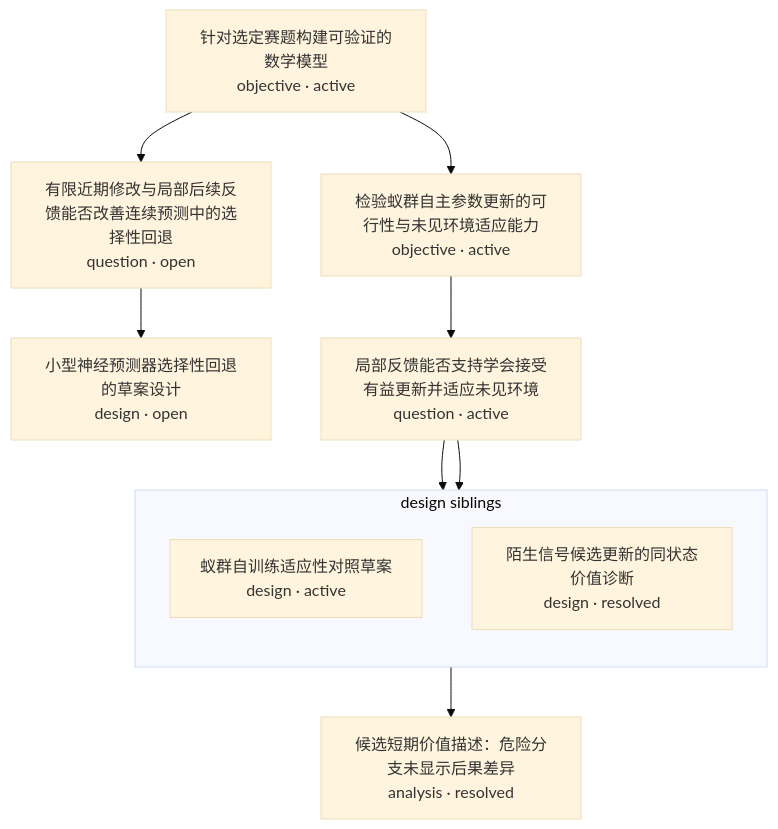
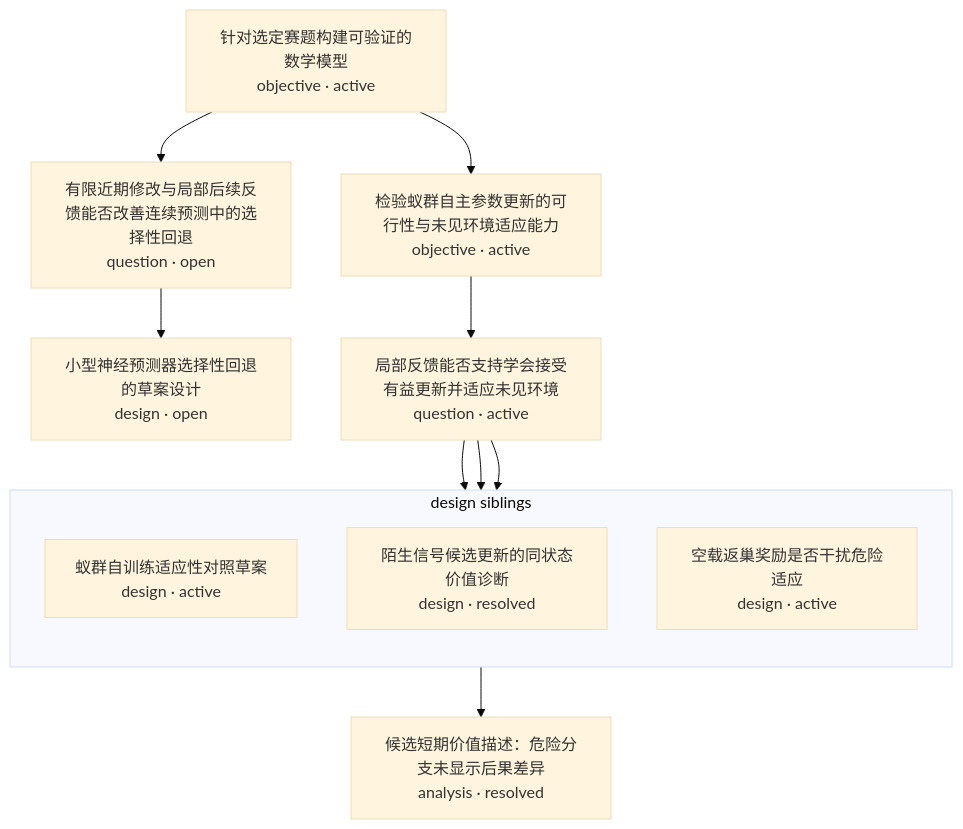
One commit to Akira-TL/Antomony changed the diagram in research-tree/README.md. Above: the diagram before and after it, drawn with Mermaid (base theme). The commit also changed other lines of this file and 1 other file, not shown here.

Commit message:
DOCS: (research) link reward diagnosis to adaptation question

````diff
--- a/research-tree/README.md
+++ b/research-tree/README.md
@@ -5,21 +5,23 @@
 ```mermaid
 flowchart TD
     N1["针对选定赛题构建可验证的数学模型<br/>objective · active"]
     N2["有限近期修改与局部后续反馈能否改善连续预测中的选择性回退<br/>question · open"]
     N3["小型神经预测器选择性回退的草案设计<br/>design · open"]
     N4["检验蚁群自主参数更新的可行性与未见环境适应能力<br/>objective · active"]
     N5["局部反馈能否支持学会接受有益更新并适应未见环境<br/>question · active"]
     N8["候选短期价值描述：危险分支未显示后果差异<br/>analysis · resolved"]
     subgraph G5_design["design siblings"]
         direction TB
         N6["蚁群自训练适应性对照草案<br/>design · active"]
         N7["陌生信号候选更新的同状态价值诊断<br/>design · resolved"]
+        N9["空载返巢奖励是否干扰危险适应<br/>design · active"]
     end
     N1 --> N2
     N2 --> N3
     N1 --> N4
     N4 --> N5
     N5 --> N6
     N5 --> N7
     N7 --> N8
+    N5 --> N9
 ```
````
